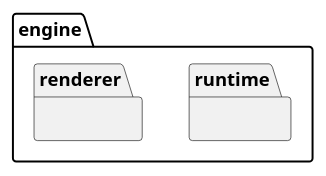
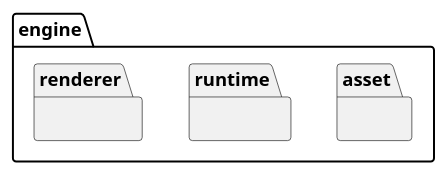
Before and after one commit to McNopper/Playground: the diagram in docs/diagrams/packages/package_engine.puml, drawn with PlantUML. The commit also changed 6 other files, not shown here.

```diff
--- a/docs/diagrams/packages/package_engine.puml
+++ b/docs/diagrams/packages/package_engine.puml
@@ -1,11 +1,13 @@
 @startuml Package engine
 
 package engine {
+
+  package asset {}
 
   package runtime {}
 
   package renderer {}
 
 }
 
 @enduml
```
